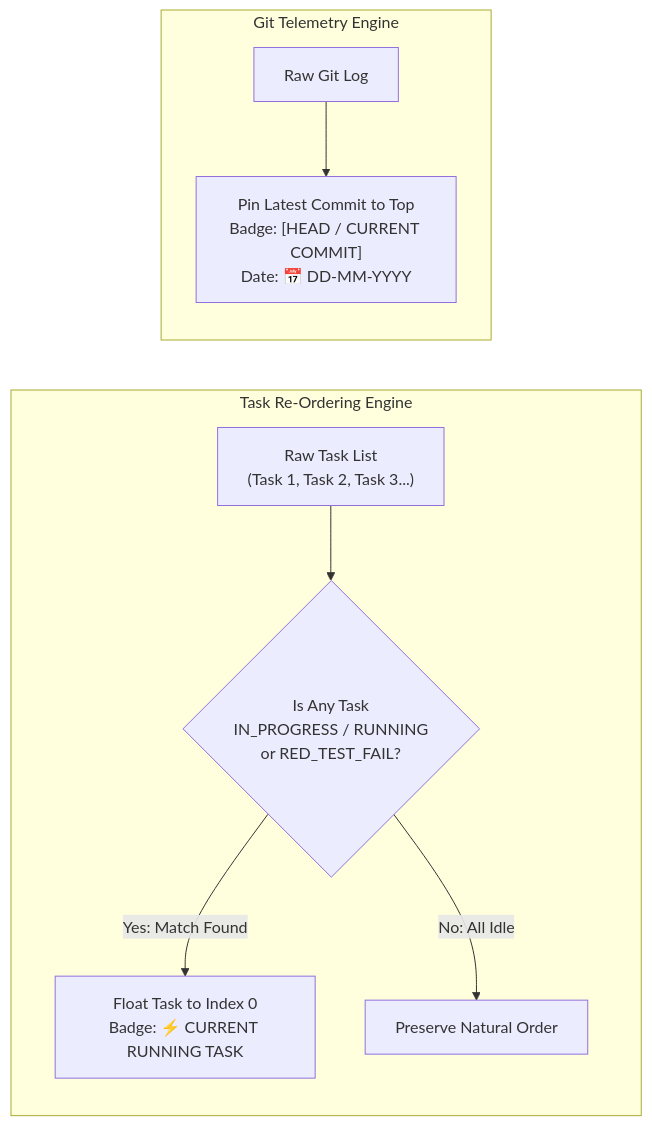
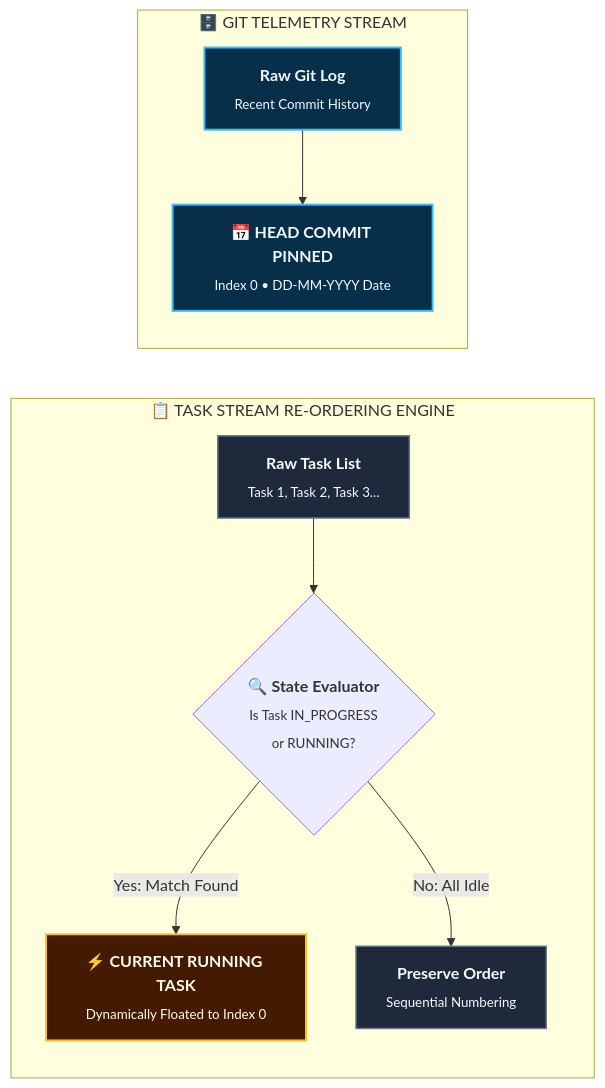
One commit to rmsofficialsyt/Agentic-AI-Vibe-Coding-AND-SDD-TDD-Codebase-Chandan-Adhikary changed the second of 4 diagrams in Vibe-Coding-Chandan-Adhikary/Vibe-Coding/Project-Manager-Dashboard/README.md. Above: the diagram before and after it, drawn with Mermaid. The commit also changed other lines of this file and 23 other files, not shown here.

Commit message:
docs: redesign diagrams to Eraser.io visual style and regenerate MANIFEST.json

````diff
--- a/Vibe-Coding-Chandan-Adhikary/Vibe-Coding/Project-Manager-Dashboard/README.md
+++ b/Vibe-Coding-Chandan-Adhikary/Vibe-Coding/Project-Manager-Dashboard/README.md
@@ -65,12 +67,16 @@
 ```mermaid
 flowchart LR
-    subgraph TaskStream ["Task Re-Ordering Engine"]
-        IncomingTasks["Raw Task List<br/>(Task 1, Task 2, Task 3...)"] --> StateCheck{"Is Any Task<br/>IN_PROGRESS / RUNNING<br/>or RED_TEST_FAIL?"}
-        StateCheck -->|"Yes: Match Found"| FloatTop["Float Task to Index 0<br/>Badge: ⚡ CURRENT RUNNING TASK"]
-        StateCheck -->|"No: All Idle"| NaturalOrder["Preserve Natural Order"]
+    classDef active fill:#451a03,stroke:#fbbf24,stroke-width:2px,color:#fffbeb;
+    classDef normal fill:#1e293b,stroke:#64748b,stroke-width:1.5px,color:#f8fafc;
+    classDef git fill:#082f49,stroke:#38bdf8,stroke-width:2px,color:#f0f9ff;
+
+    subgraph TaskStream ["📋 TASK STREAM RE-ORDERING ENGINE"]
+        IncomingTasks["<b>Raw Task List</b><br/><sub>Task 1, Task 2, Task 3...</sub>"]:::normal --> StateCheck{"<b>🔍 State Evaluator</b><br/><sub>Is Task IN_PROGRESS<br/>or RUNNING?</sub>"}
+        StateCheck -->|"Yes: Match Found"| FloatTop["<b>⚡ CURRENT RUNNING TASK</b><br/><sub>Dynamically Floated to Index 0</sub>"]:::active
+        StateCheck -->|"No: All Idle"| NaturalOrder["<b>Preserve Order</b><br/><sub>Sequential Numbering</sub>"]:::normal
     end
 
-    subgraph GitStream ["Git Telemetry Engine"]
-        GitLog["Raw Git Log"] --> PinHead["Pin Latest Commit to Top<br/>Badge: [HEAD / CURRENT COMMIT]<br/>Date: 📅 DD-MM-YYYY"]
+    subgraph GitStream ["🗄️ GIT TELEMETRY STREAM"]
+        GitLog["<b>Raw Git Log</b><br/><sub>Recent Commit History</sub>"]:::git --> PinHead["<b>📅 HEAD COMMIT PINNED</b><br/><sub>Index 0 • DD-MM-YYYY Date</sub>"]:::git
     end
 ```
````
